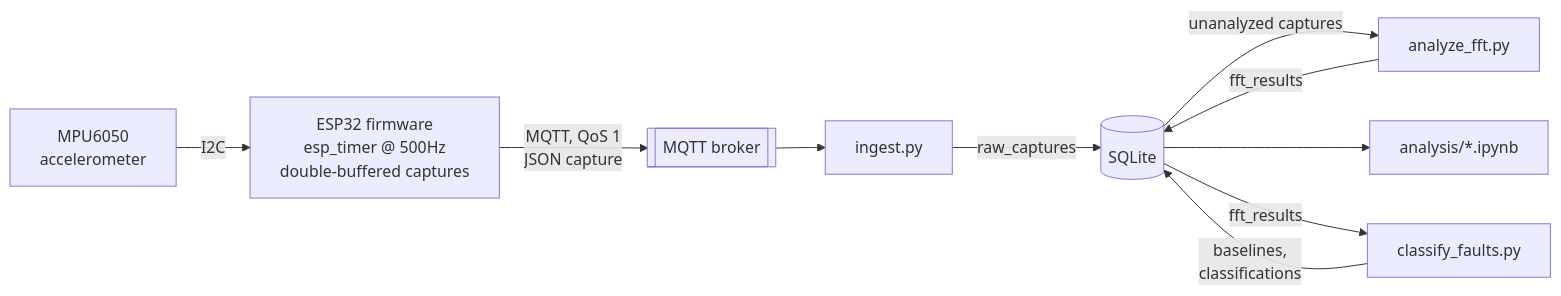
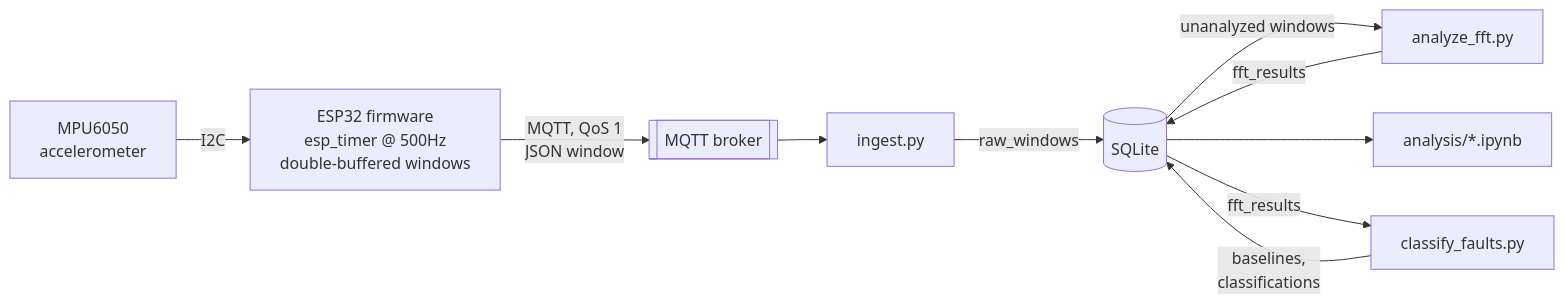
One commit to tyroneous9/Conveyor-Monitor changed the diagram in README.md. Above: the diagram before and after it, drawn with Mermaid. The commit also changed other lines of this file and 12 other files, not shown here.

````diff
--- a/README.md
+++ b/README.md
@@ -9,12 +9,12 @@
 ```mermaid
 flowchart LR
-    MPU["MPU6050<br/>accelerometer"] -->|I2C| ESP["ESP32 firmware<br/>esp_timer @ 500Hz<br/>double-buffered captures"]
-    ESP -->|"MQTT, QoS 1<br/>JSON capture"| Broker[["MQTT broker"]]
+    MPU["MPU6050<br/>accelerometer"] -->|I2C| ESP["ESP32 firmware<br/>esp_timer @ 500Hz<br/>double-buffered windows"]
+    ESP -->|"MQTT, QoS 1<br/>JSON window"| Broker[["MQTT broker"]]
     Broker --> Ingest["ingest.py"]
-    Ingest -->|raw_captures| DB[("SQLite")]
-    DB -->|unanalyzed captures| Analyze["analyze_fft.py"]
+    Ingest -->|raw_windows| DB[("SQLite")]
+    DB -->|unanalyzed windows| Analyze["analyze_fft.py"]
     Analyze -->|fft_results| DB
     DB --> NB["analysis/*.ipynb"]
     DB -->|fft_results| Classify["classify_faults.py"]
     Classify -->|baselines,<br/>classifications| DB
 ```
````
